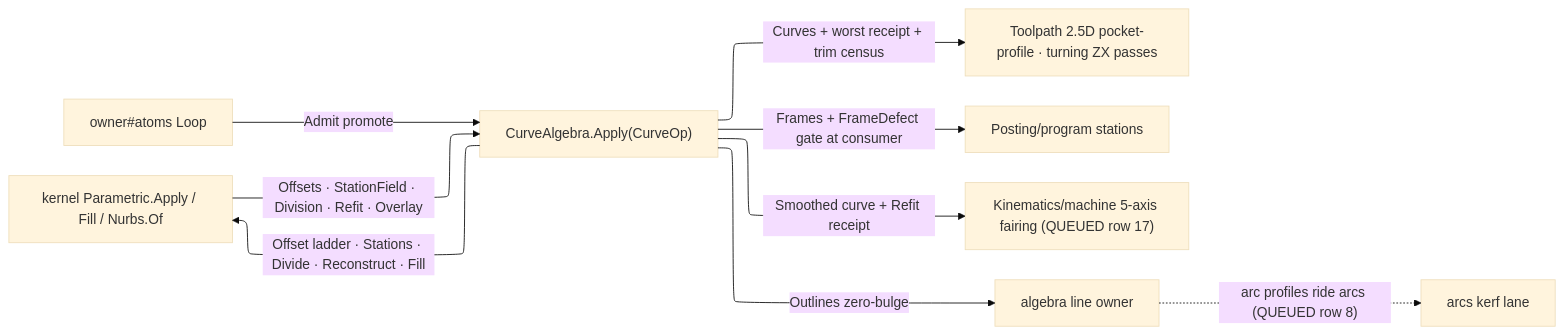
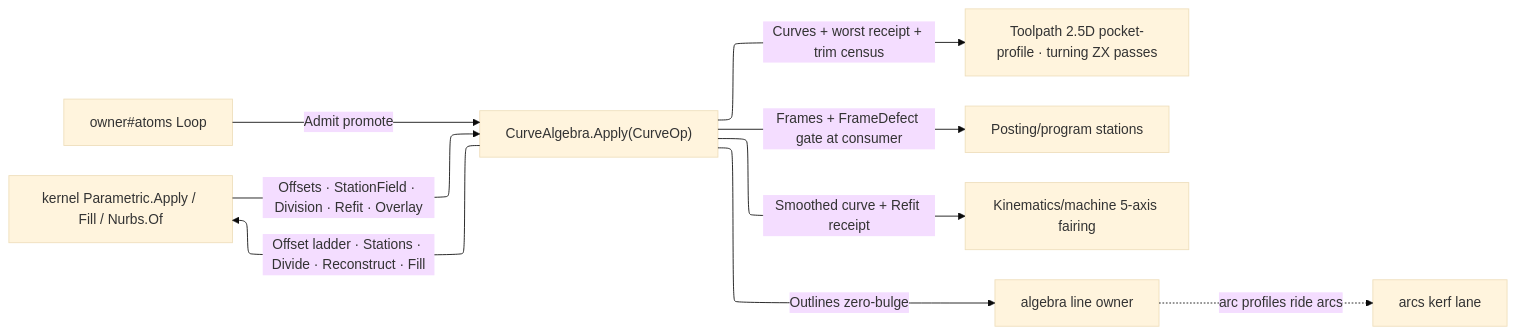
Before and after one commit to bsamiee/Rasm: the diagram in libs/csharp/Rasm.Fabrication/.planning/Geometry2D/curves.md, drawn with Mermaid. The commit also changed other lines of this file and 181 other files, not shown here.

````diff
--- a/libs/csharp/Rasm.Fabrication/.planning/Geometry2D/curves.md
+++ b/libs/csharp/Rasm.Fabrication/.planning/Geometry2D/curves.md
@@ -153,16 +153,16 @@
 ```mermaid
 ---
 config:
   layout: elk
   theme: base
 ---
 flowchart LR
     Loop["owner#atoms Loop"] -->|Admit promote| Alg["CurveAlgebra.Apply(CurveOp)"]
     Alg -->|"Offset ladder · Stations · Divide · Reconstruct · Fill"| Kernel["kernel Parametric.Apply / Fill / Nurbs.Of"]
     Kernel -->|"Offsets · StationField · Division · Refit · Overlay"| Alg
     Alg -->|"Curves + worst receipt + trim census"| Pocket["Toolpath 2.5D pocket-profile · turning ZX passes"]
     Alg -->|"Frames + FrameDefect gate at consumer"| Post["Posting/program stations"]
-    Alg -->|"Smoothed curve + Refit receipt"| Machine["Kinematics/machine 5-axis fairing (QUEUED row 17)"]
+    Alg -->|"Smoothed curve + Refit receipt"| Machine["Kinematics/machine 5-axis fairing"]
     Alg -->|"Outlines zero-bulge"| Line["algebra line owner"]
-    Line -.->|"arc profiles ride arcs (QUEUED row 8)"| Arcs["arcs kerf lane"]
+    Line -.->|"arc profiles ride arcs"| Arcs["arcs kerf lane"]
 ```
````
